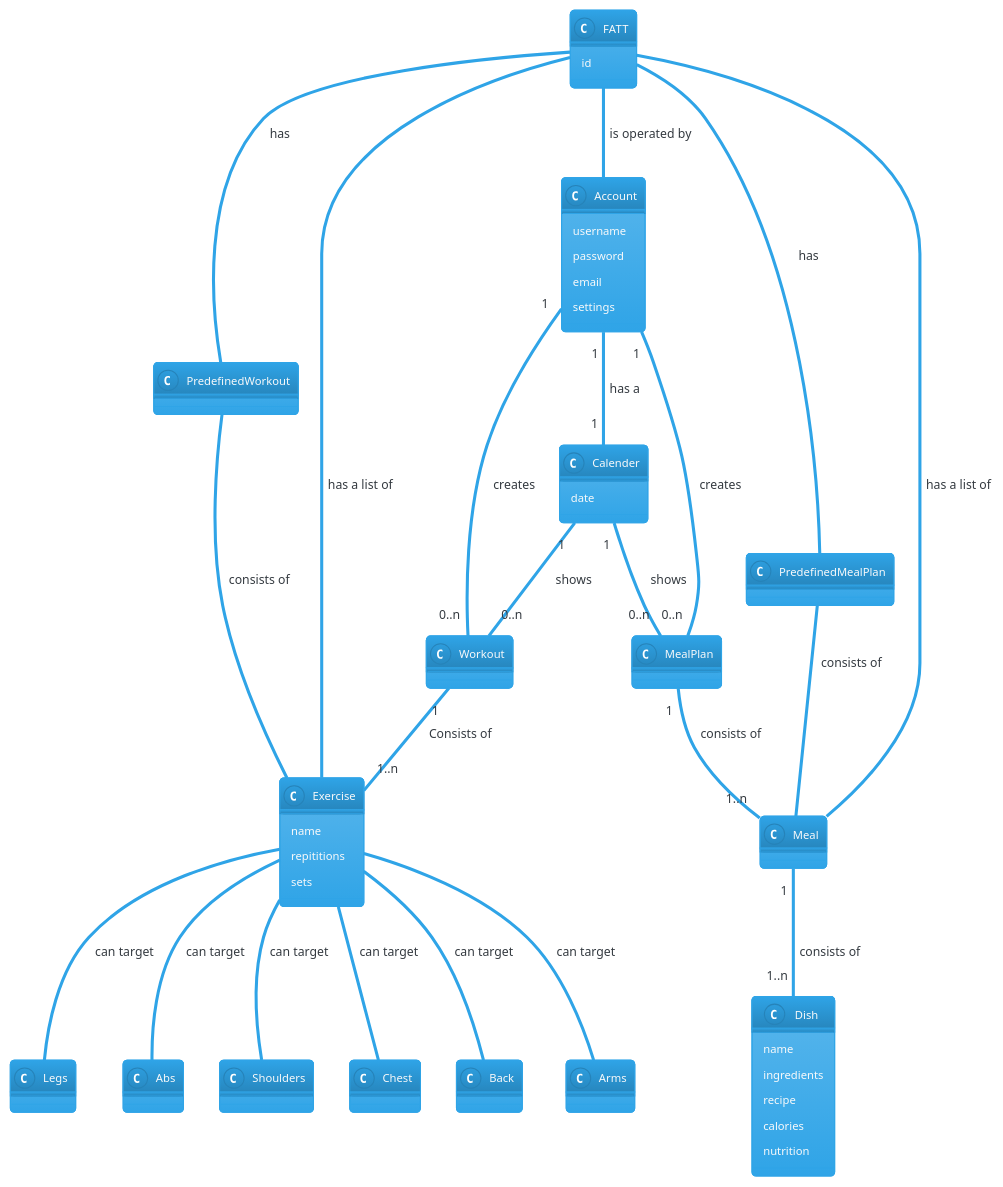
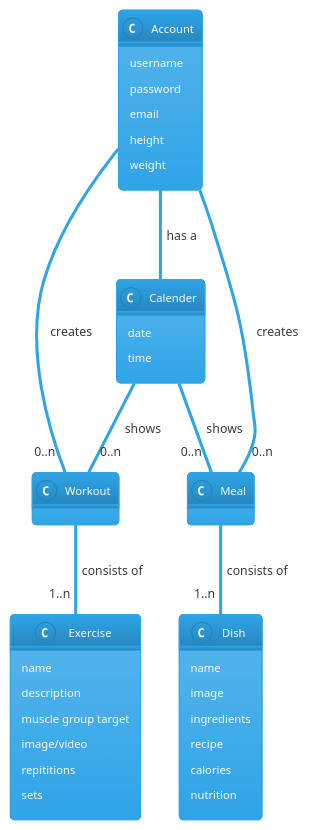
The diagram in UML/PlanUML/DomainModelGustav.puml (MartinStokholm/PRJ4_Repo), drawn with PlantUML before and after one commit.

Commit message:
Update dm

```diff
--- a/UML/PlanUML/DomainModelGustav.puml
+++ b/UML/PlanUML/DomainModelGustav.puml
@@ -1,82 +1,50 @@
 @startuml Domain Model (Gustav)
 !theme cerulean
 
 class Account {
-    
     username
     password
     email
-    settings
+    height
+    weight
+}
+
+class Calender {
+    date
+    time
 }
 
 Class Workout {}
 
-class PredefinedWorkout {}
-
 class Exercise {
     name
+    description
+    muscle group target
+    image/video
     repititions
     sets
 }
 
-class Chest {}
-class Back {}
-class Arms {}
-class Legs {}
-class Abs {}
-class Shoulders {}
-
-class MealPlan {}
-
-class PredefinedMealPlan {}
-
-class Meal {
-    
-}
+class Meal {}
 
 class Dish {
     name
+    image
     ingredients
     recipe
     calories
     nutrition
 }
 
-class Calender {
-    date
-}
+Account -- Calender : has a
+Account -- "0..n" Workout : creates
+Account -- "0..n" Meal : creates
 
-Class FATT {
-    id
-}
+Calender -- "0..n" Workout : shows
+Calender -- "0..n" Meal : shows
 
-FATT -- Account : is operated by 
-FATT -- Exercise : has a list of
-FATT -- Meal : has a list of
-FATT -- PredefinedMealPlan : has
-FATT -- PredefinedWorkout : has 
+Workout -- "1..n" Exercise : consists of
 
-Account "1" -- "0..n" MealPlan : creates
-Account "1" -- "1" Calender : has a
-Account "1" -- "0..n" Workout : creates
-
-MealPlan "1" -- "1..n" Meal : consists of
-Meal "1" -- "1..n" Dish : consists of
-
-PredefinedMealPlan -- Meal : consists of
-PredefinedWorkout -- Exercise : consists of
-
-
-Workout "1" -- "1..n" Exercise : Consists of
-
-Exercise -- Chest : can target
-Exercise -- Back : can target
-Exercise -- Arms : can target
-Exercise -- Legs : can target
-Exercise -- Shoulders : can target
-Exercise -- Abs : can target 
-
-Calender "1" -- "0..n" Workout : shows
-Calender "1" --  "0..n" MealPlan : shows
+Meal -- "1..n" Dish : consists of
 
 @enduml
```
